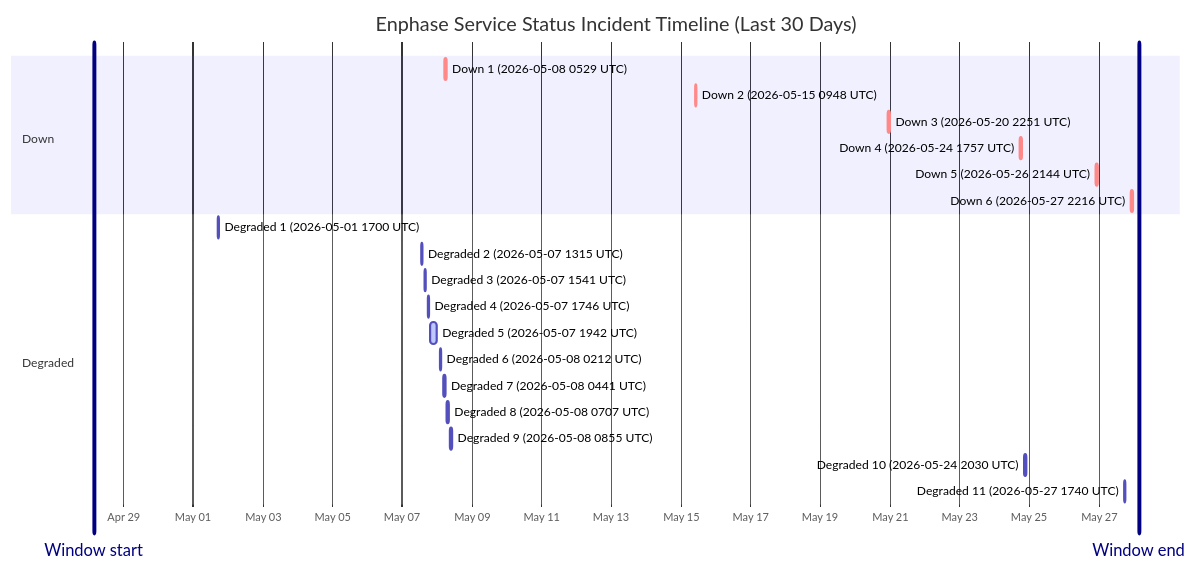
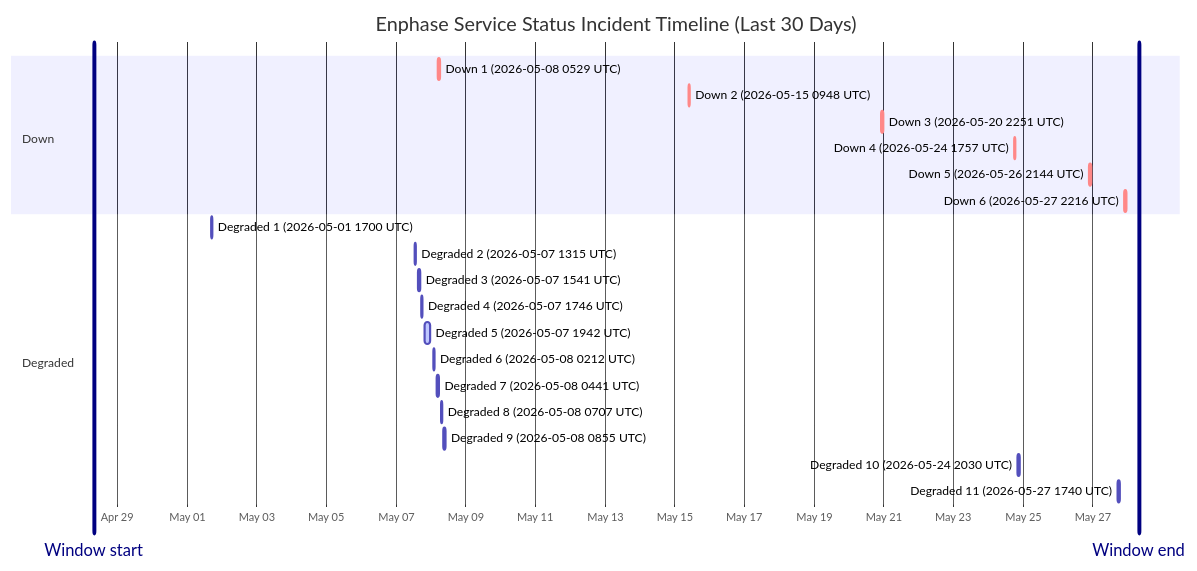
Before and after one commit to barneyonline/ha-enphase-ev-charger: the diagram in wiki/Service-Status-History.md, drawn with Mermaid. The commit also changed other lines of this file and 3 other files, not shown here.

````diff
--- a/wiki/Service-Status-History.md
+++ b/wiki/Service-Status-History.md
@@ -14,27 +14,27 @@
 ```mermaid
 gantt
     title Enphase Service Status Incident Timeline (Last 30 Days)
     dateFormat  YYYY-MM-DDTHH:mm:ss
     axisFormat  %b %d
-    Window start :vert, window-start, 2026-04-28T03:30:17, 0ms
-    Window end :vert, window-end, 2026-05-28T03:30:17, 0ms
+    Window start :vert, window-start, 2026-04-28T07:56:19, 0ms
+    Window end :vert, window-end, 2026-05-28T07:56:19, 0ms
     section Down
     Down 1 (2026-05-08 0529 UTC) :crit, down-1, 2026-05-08T05:29:47, 60m
     Down 2 (2026-05-15 0948 UTC) :crit, down-2, 2026-05-15T09:48:18, 60m
     Down 3 (2026-05-20 2251 UTC) :crit, down-3, 2026-05-20T22:51:14, 75m
     Down 4 (2026-05-24 1757 UTC) :crit, down-4, 2026-05-24T17:57:41, 86m
     Down 5 (2026-05-26 2144 UTC) :crit, down-5, 2026-05-26T21:44:11, 85m
     Down 6 (2026-05-27 2216 UTC) :crit, down-6, 2026-05-27T22:16:53, 87m
     section Degraded
     Degraded 1 (2026-05-01 1700 UTC) :active, degraded-1, 2026-05-01T17:00:22, 60m
     Degraded 2 (2026-05-07 1315 UTC) :active, degraded-2, 2026-05-07T13:15:25, 60m
     Degraded 3 (2026-05-07 1541 UTC) :active, degraded-3, 2026-05-07T15:41:58, 60m
     Degraded 4 (2026-05-07 1746 UTC) :active, degraded-4, 2026-05-07T17:46:51, 60m
     Degraded 5 (2026-05-07 1942 UTC) :active, degraded-5, 2026-05-07T19:42:10, 249m
     Degraded 6 (2026-05-08 0212 UTC) :active, degraded-6, 2026-05-08T02:12:39, 60m
     Degraded 7 (2026-05-08 0441 UTC) :active, degraded-7, 2026-05-08T04:41:46, 60m
     Degraded 8 (2026-05-08 0707 UTC) :active, degraded-8, 2026-05-08T07:07:30, 60m
     Degraded 9 (2026-05-08 0855 UTC) :active, degraded-9, 2026-05-08T08:55:20, 88m
     Degraded 10 (2026-05-24 2030 UTC) :active, degraded-10, 2026-05-24T20:30:57, 84m
     Degraded 11 (2026-05-27 1740 UTC) :active, degraded-11, 2026-05-27T17:40:52, 60m
 ```
````
